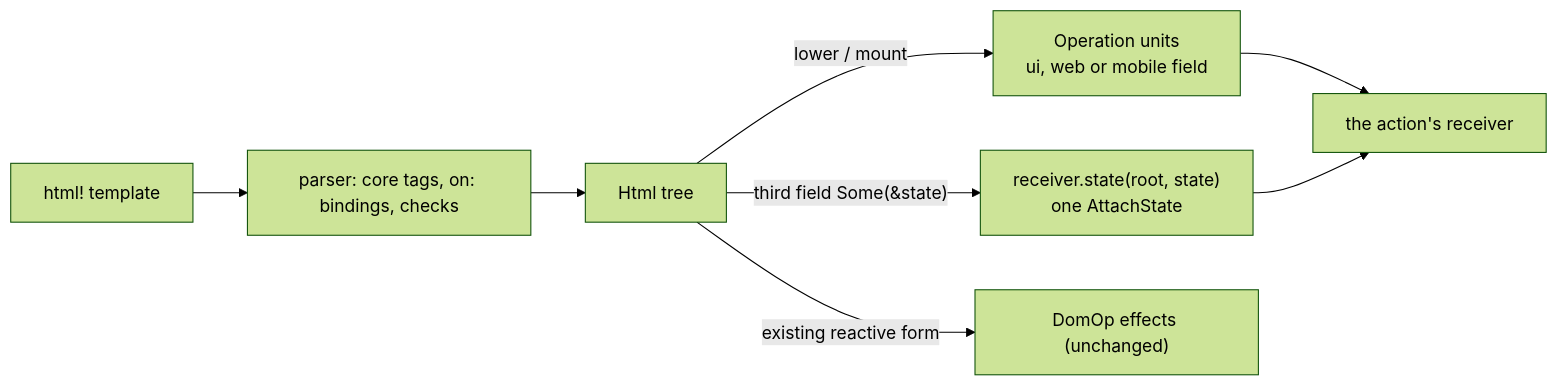
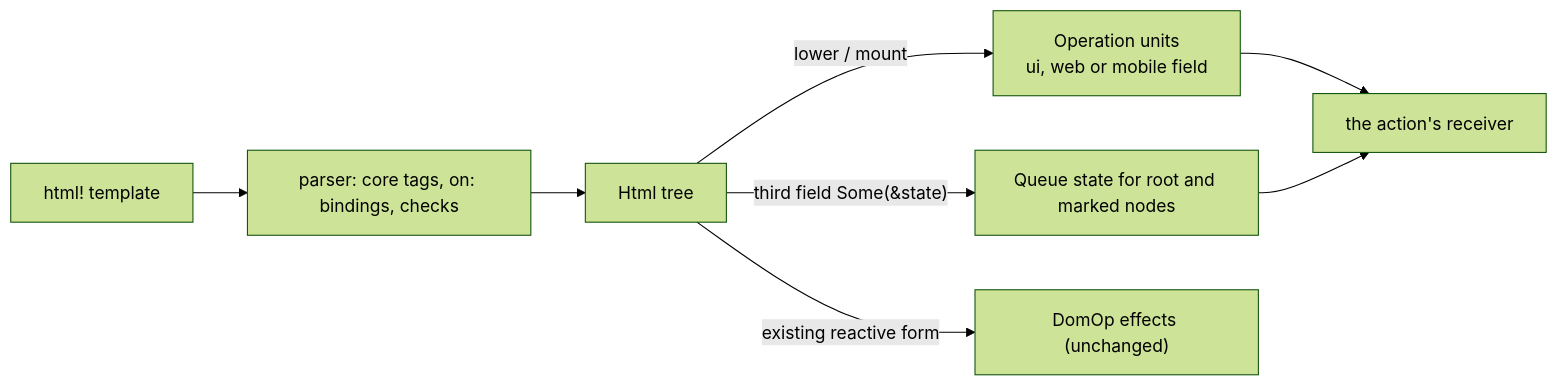
The diagram in specifications/69-foundation-ui-v2/features/08-html-macro-core-vocabulary/feature.md (ewe-studios/ewe_platform), drawn with Mermaid (forest theme) before and after one commit. The commit also changed other lines of this file and 9 other files, not shown here.

Commit message:
Attach signed state directly to each marked control

````diff
--- a/specifications/69-foundation-ui-v2/features/08-html-macro-core-vocabulary/feature.md
+++ b/specifications/69-foundation-ui-v2/features/08-html-macro-core-vocabulary/feature.md
@@ -315,10 +313,10 @@
 ```mermaid
 flowchart LR
     T["html! template"] --> P["parser: core tags, on: bindings, checks"]
     P --> H["Html tree"]
     H -->|"lower / mount"| O["Operation units<br/>ui, web or mobile field"]
-    H -->|"third field Some(&state)"| R["receiver.state(root, state)<br/>one AttachState"]
+    H -->|"third field Some(&state)"| R["Queue state for root and marked nodes"]
     O --> RC["the action's receiver"]
     R --> RC
     H -->|"existing reactive form"| X["DomOp effects (unchanged)"]
 ```
````
